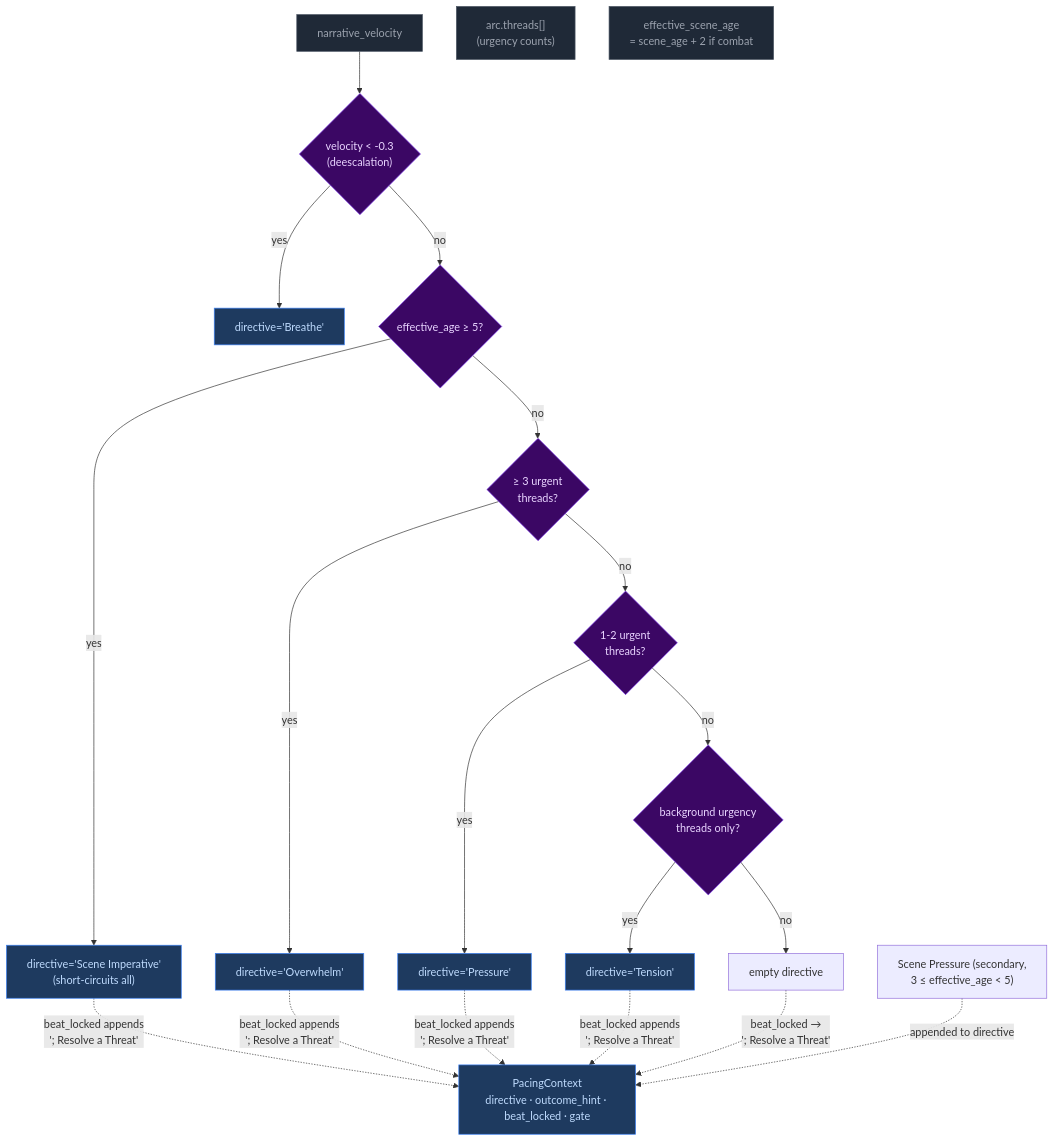
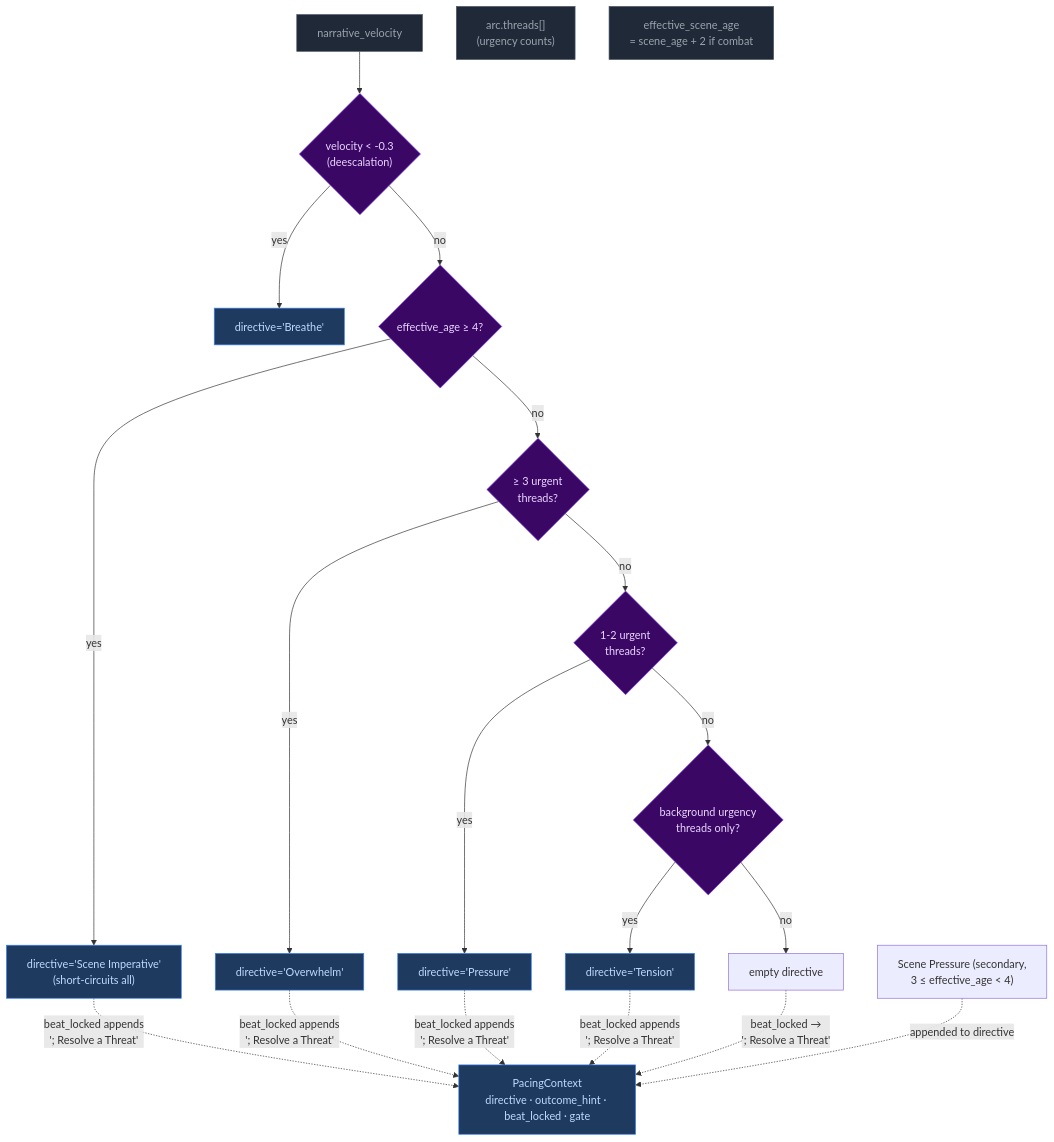
Before and after one commit to pww217/fablethread: the second of 3 diagrams in docs/architecture/step0-ruling.md, drawn with Mermaid. The commit also changed other lines of this file and 4 other files, not shown here.

````diff
--- a/docs/architecture/step0-ruling.md
+++ b/docs/architecture/step0-ruling.md
@@ -79,36 +79,36 @@
 ```mermaid
 flowchart TD
     classDef pyNode fill:#1f2937,color:#9ca3af,stroke:#4b5563
     classDef decision fill:#3b0764,color:#e9d5ff,stroke:#7c3aed
     classDef output fill:#1e3a5f,color:#bfdbfe,stroke:#3b82f6
 
     V["narrative_velocity"]:::pyNode
     T["arc.threads[]<br>(urgency counts)"]:::pyNode
     SA["effective_scene_age<br>= scene_age + 2 if combat"]:::pyNode
 
     V --> D1{"velocity < -0.3<br>(deescalation)"}:::decision
     D1 -- yes --> B1["directive='Breathe'"]:::output
-    D1 -- no --> D2{"effective_age ≥ 5?"}:::decision
+    D1 -- no --> D2{"effective_age ≥ 4?"}:::decision
     D2 -- yes --> B2["directive='Scene Imperative'<br>(short-circuits all)"]:::output
     D2 -- no --> D3{"≥ 3 urgent<br>threads?"}:::decision
     D3 -- yes --> B3["directive='Overwhelm'"]:::output
     D3 -- no --> D4{"1-2 urgent<br>threads?"}:::decision
     D4 -- yes --> B4["directive='Pressure'"]:::output
     D4 -- no --> D5{"background urgency<br>threads only?"}:::decision
     D5 -- yes --> B5["directive='Tension'"]:::output
     D5 -- no --> D6["empty directive"]
 
-    SEC2["Scene Pressure (secondary,<br>3 ≤ effective_age < 5)"]
+    SEC2["Scene Pressure (secondary,<br>3 ≤ effective_age < 4)"]
 
     FINAL["PacingContext<br>directive · outcome_hint · beat_locked · gate"]:::output
 
     B2 -. "beat_locked appends<br>'; Resolve a Threat'" .-> FINAL
     B3 -. "beat_locked appends<br>'; Resolve a Threat'" .-> FINAL
     B4 -. "beat_locked appends<br>'; Resolve a Threat'" .-> FINAL
     B5 -. "beat_locked appends<br>'; Resolve a Threat'" .-> FINAL
     D6 -. "beat_locked →<br>'; Resolve a Threat'" .-> FINAL
 
     SEC2 -. "appended to directive" .-> FINAL
 
     style B2 fill:#1e3a5f,color:#bfdbfe,stroke:#3b82f6
 ```
````
